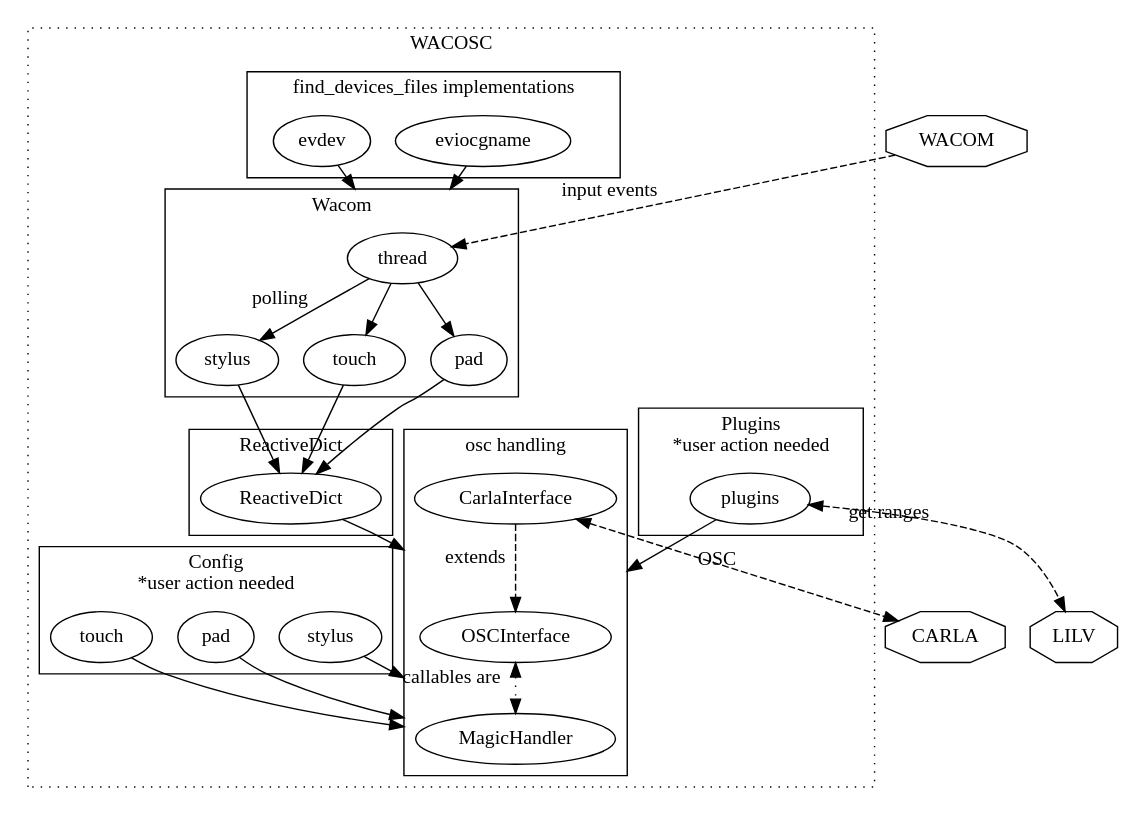
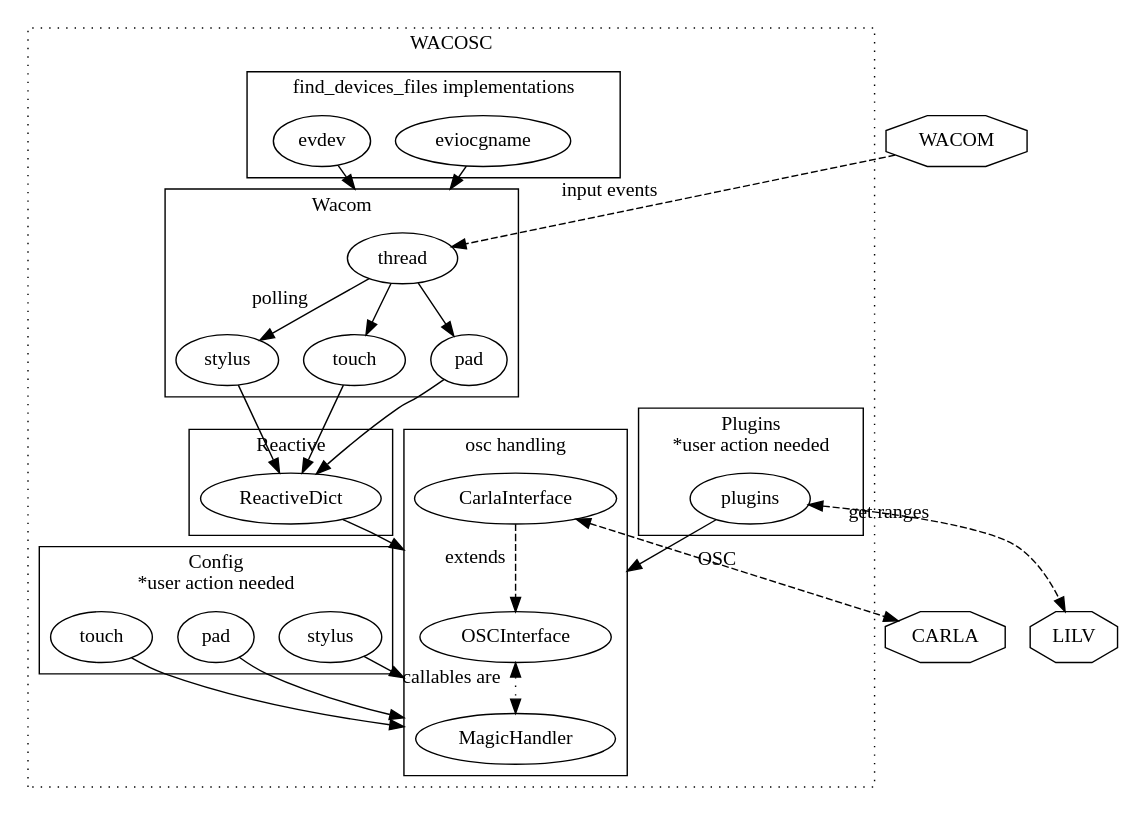
The diagram in diagram.dot (CastixGitHub/wacosc), drawn with Graphviz before and after one commit. The commit also changed 6 other files, not shown here.

```diff
--- a/diagram.dot
+++ b/diagram.dot
@@ -1,73 +1,73 @@
 digraph {
 	compound=true;
 	node [ fontname="Handlee" ];
 	subgraph cluster_wacosc {
 		label="WACOSC";
 		style="dotted";
 		subgraph cluster_dev_map {
 			label="find_devices_files implementations";
 			style="solid";
 			eviocgname
 			evdev
 		}
 		subgraph cluster_osc {
 			label="osc handling";
 			style="solid";
 			OSCInterface
 			CarlaInterface
 			MagicHandler
 		}
 		CarlaInterface -> OSCInterface [style=dashed, xlabel=extends]
 		OSCInterface -> MagicHandler [style=dotted, xlabel="callables are", dir=both]
 		subgraph cluster_wacom {
 			label="Wacom";
 			style="solid";
 			stylus
 			touch
 			pad
 			thread
 		}
 		eviocgname -> thread [lhead=cluster_wacom]
 		evdev -> thread [lhead=cluster_wacom]
   
 		subgraph cluster_reactivedict {
-			label="ReactiveDict";
+			label="Reactive";
 			style="solid";
 			ReactiveDict
 		}
 
 		subgraph cluster_plugins {
 			label="Plugins\n*user action needed";
 			style="solid";
 			plugins
 		}
   
 		thread -> stylus [xlabel="polling"]
 		thread -> pad
 		thread -> touch
   
 		stylus -> ReactiveDict
 		pad -> ReactiveDict
 		touch -> ReactiveDict
   
 		ReactiveDict -> OSCInterface [lhead=cluster_osc]
 		plugins -> OSCInterface [lhead=cluster_osc]
 
 		subgraph cluster_config {
 			label="Config\n*user action needed";
 			style="solid";
 			cfg_stylus [label="stylus"]
 			cfg_pad [label="pad"]
 			cfg_touch [label="touch"]
 		}
 
 		cfg_stylus -> MagicHandler [lhead=cluster_osc]
 		cfg_pad -> MagicHandler [lhead=cluster_osc]
 		cfg_touch -> MagicHandler [lhead=cluster_osc]
 	}
 
 	node [shape="octagon"];
 	CarlaInterface -> CARLA [style="dashed" xlabel="OSC" dir=both]
 	WACOM -> thread [style="dashed" xlabel="input events"]
 	plugins -> LILV [style="dashed" xlabel="get ranges" dir=both]
 }
```
